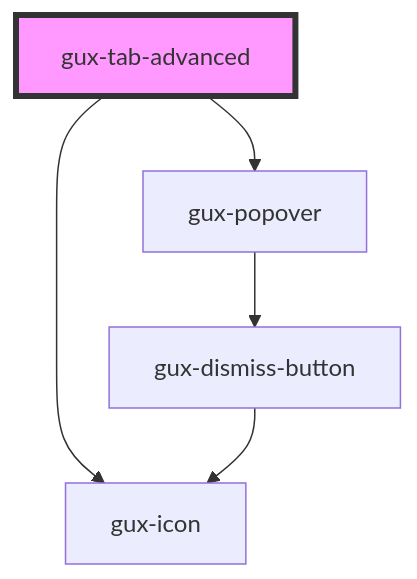
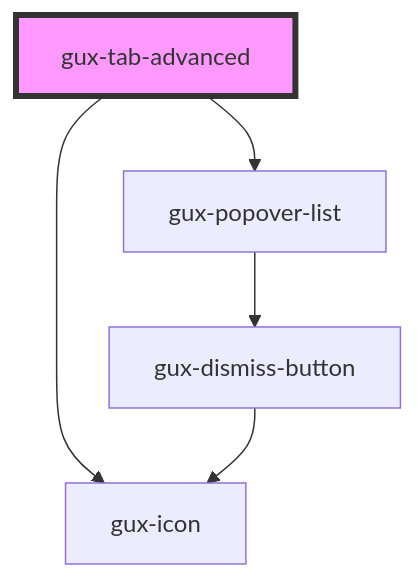
The diagram in src/components/stable/gux-tabs-advanced/gux-tab-advanced/readme.md (MyPureCloud/genesys-spark), drawn with Mermaid before and after one commit. The commit also changed other lines of this file and 17 other files, not shown here.

First line of the commit message:
feat(gux-popover-list): add new gux-popover-list component

````diff
--- a/src/components/stable/gux-tabs-advanced/gux-tab-advanced/readme.md
+++ b/src/components/stable/gux-tabs-advanced/gux-tab-advanced/readme.md
@@ -65,8 +65,8 @@
 ```mermaid
 graph TD;
   gux-tab-advanced --> gux-icon
-  gux-tab-advanced --> gux-popover
-  gux-popover --> gux-dismiss-button
+  gux-tab-advanced --> gux-popover-list
+  gux-popover-list --> gux-dismiss-button
   gux-dismiss-button --> gux-icon
   style gux-tab-advanced fill:#f9f,stroke:#333,stroke-width:4px
 ```
````
